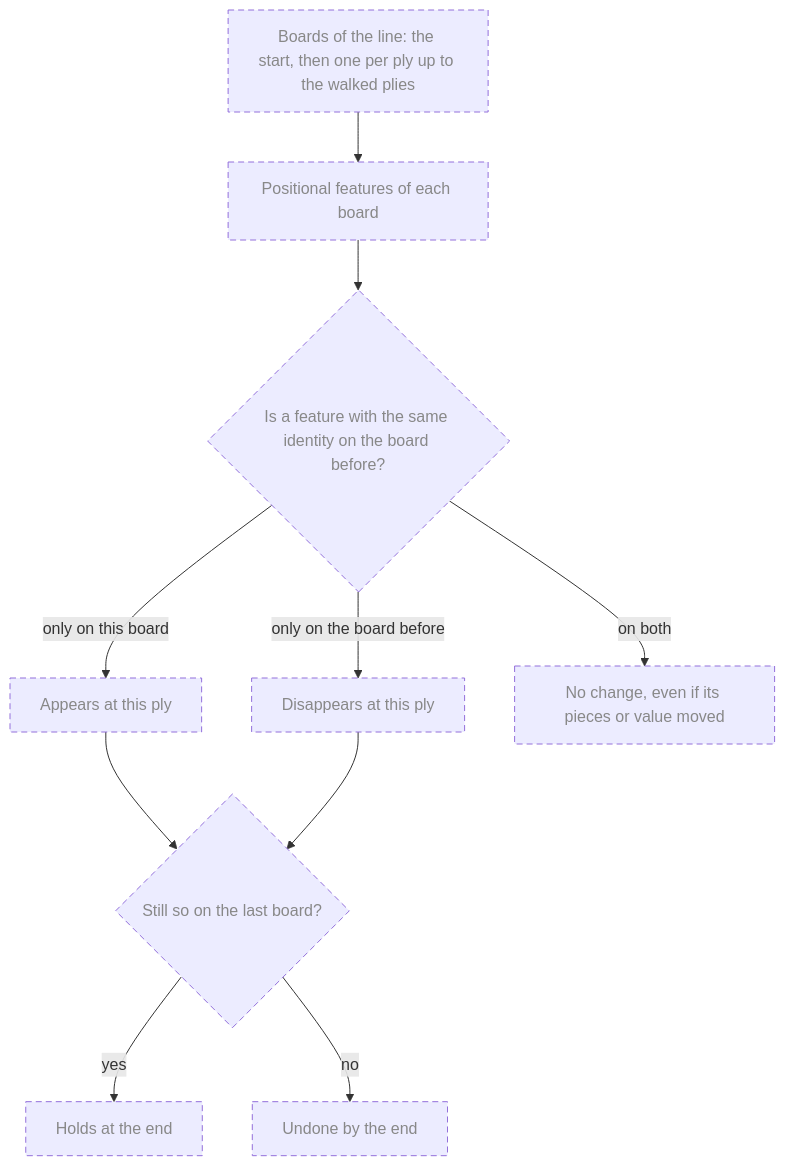
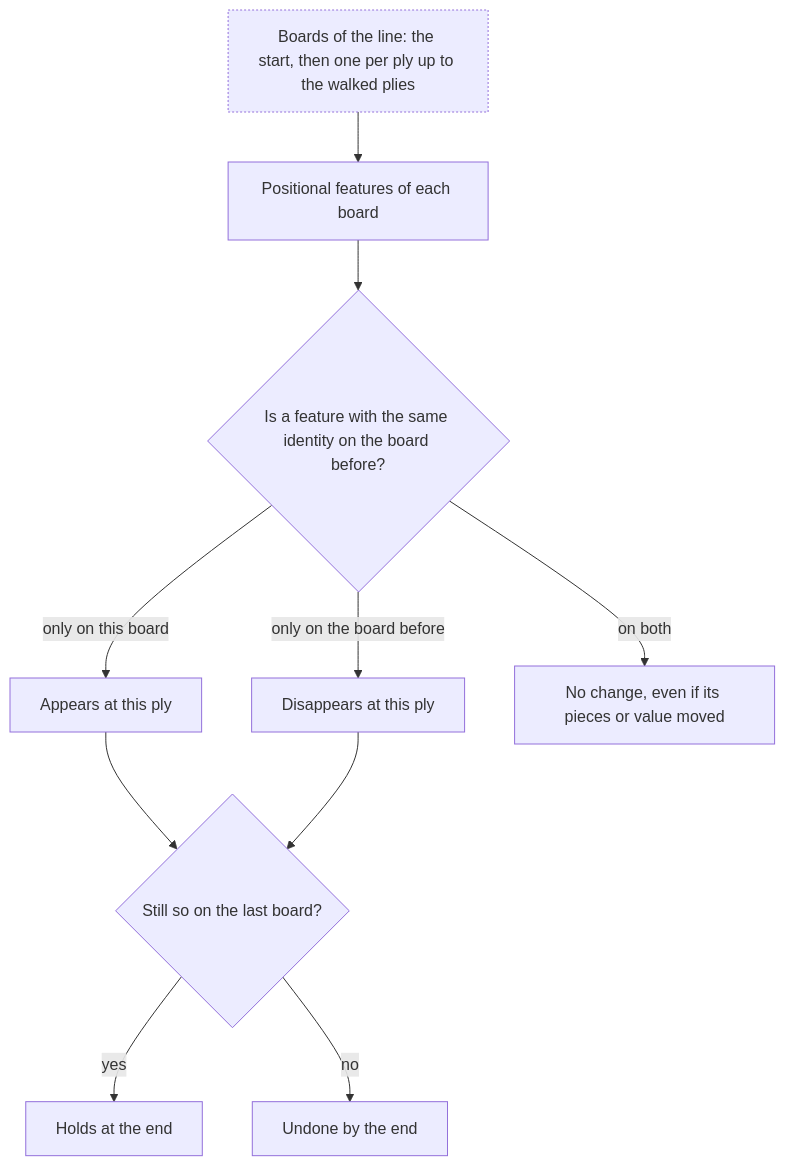
Diagram 20 of 21 in Planning/DBC/CONCEPTS.md (aurja/ChessWhy), drawn with Mermaid before and after one commit. The commit also changed other lines of this file and 120 other files, not shown here.

````diff
--- a/Planning/DBC/CONCEPTS.md
+++ b/Planning/DBC/CONCEPTS.md
@@ -800,23 +801,23 @@
 ```mermaid
 flowchart TD
     PcBoards["Boards of the line: the start, then one per ply up to the walked plies"]
     PcFeatures["Positional features of each board"]
     PcCompare{"Is a feature with the same identity on the board before?"}
     PcAppears["Appears at this ply"]
     PcDisappears["Disappears at this ply"]
     PcSame["No change, even if its pieces or value moved"]
     PcEnd{"Still so on the last board?"}
     PcHolds["Holds at the end"]
     PcUndone["Undone by the end"]
     PcBoards --> PcFeatures --> PcCompare
     PcCompare -->|only on this board| PcAppears
     PcCompare -->|only on the board before| PcDisappears
     PcCompare -->|on both| PcSame
     PcAppears & PcDisappears --> PcEnd
     PcEnd -->|yes| PcHolds
     PcEnd -->|no| PcUndone
     classDef planned stroke-dasharray:6 4,color:#888
     classDef partial stroke-dasharray:2 2
     classDef external stroke-dasharray:1 3,color:#999
-    class PcBoards,PcFeatures,PcCompare,PcAppears,PcDisappears,PcSame,PcEnd,PcHolds,PcUndone planned
+    class PcBoards partial
 ```
````
